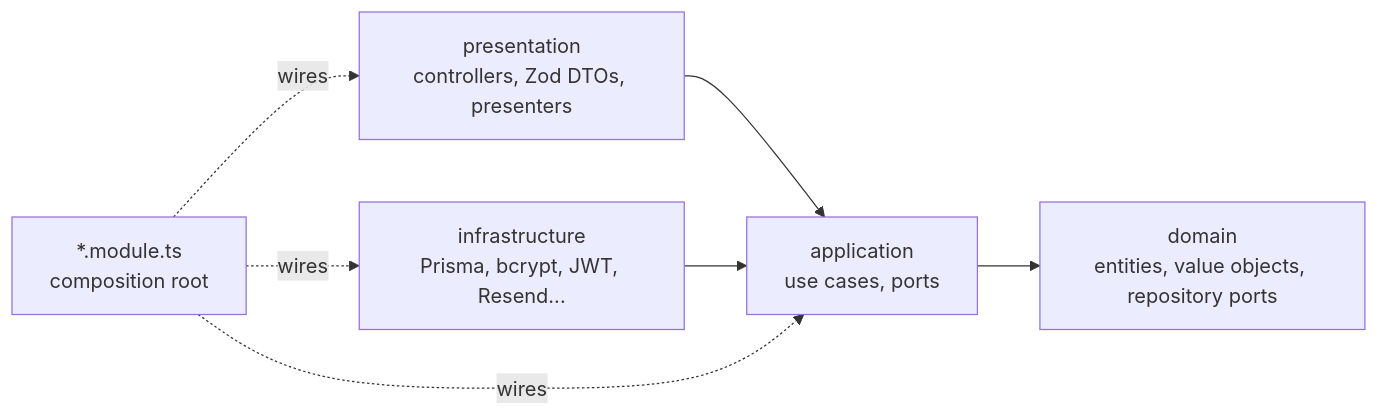
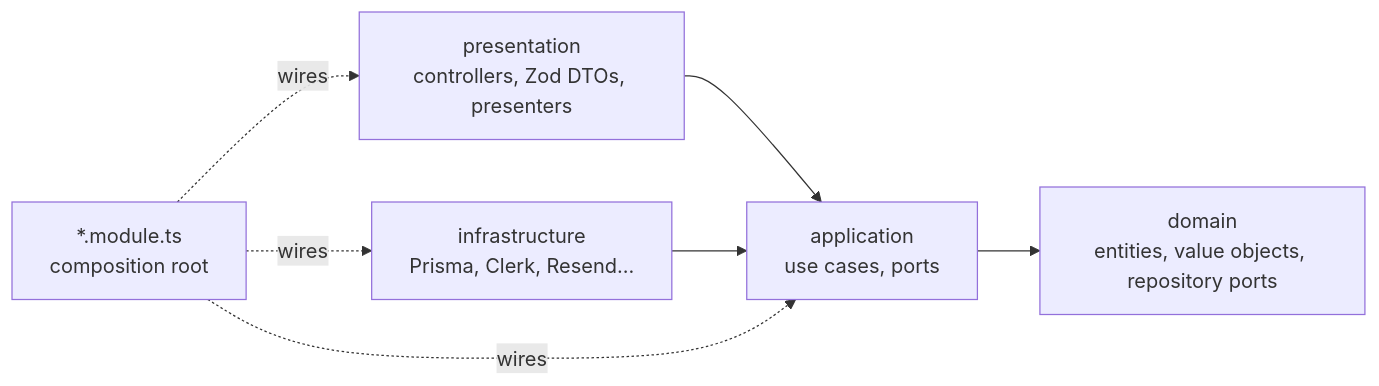
Before and after one commit to penteado40/events-api: the first of 2 diagrams in README.md, drawn with Mermaid. The commit also changed other lines of this file and 75 other files, not shown here.

First line of the commit message:
feat: remove o login próprio, a senha, o JWT e o bcrypt (PROJ-164)

````diff
--- a/README.md
+++ b/README.md
@@ -35,7 +35,7 @@
 ```mermaid
 flowchart LR
   P["presentation<br/>controllers, Zod DTOs, presenters"] --> A
-  I["infrastructure<br/>Prisma, bcrypt, JWT, Resend..."] --> A
+  I["infrastructure<br/>Prisma, Clerk, Resend..."] --> A
   A["application<br/>use cases, ports"] --> D["domain<br/>entities, value objects, repository ports"]
   M["*.module.ts<br/>composition root"] -.->|wires| P & I & A
 ```
````
